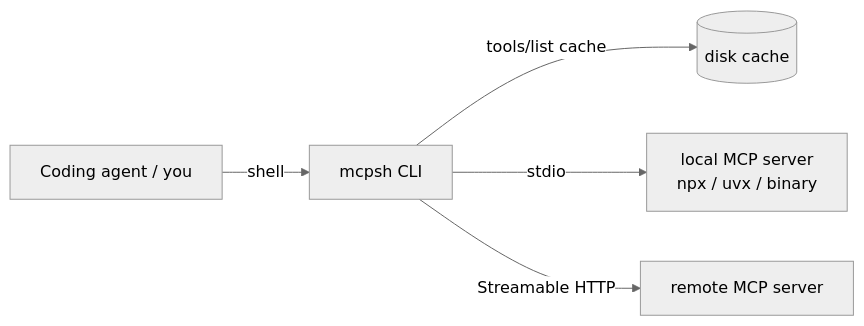
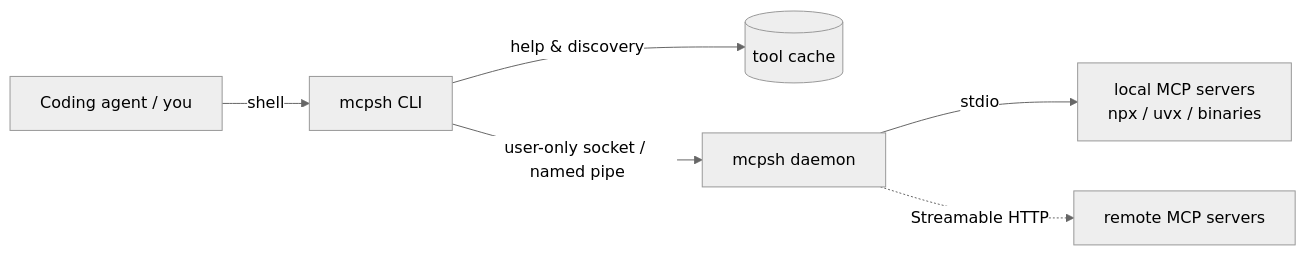
Before and after one commit to davidemaggi/mcpsh: the diagram in README.md, drawn with Mermaid (neutral theme). The commit also changed other lines of this file and 23 other files, not shown here.

First line of the commit message:
Phase 2: per-user daemon with warm sessions

````diff
--- a/README.md
+++ b/README.md
@@ -203,7 +209,8 @@
 ```mermaid
 flowchart LR
     A[Coding agent / you] -- shell --> C[mcpsh CLI]
-    C -- tools/list cache --> K[(disk cache)]
-    C -- stdio --> S1[local MCP server<br/>npx / uvx / binary]
-    C -- Streamable HTTP --> S2[remote MCP server]
+    C -- help & discovery --> K[(tool cache)]
+    C -- user-only socket / named pipe --> D[mcpsh daemon]
+    D -- stdio --> S1[local MCP servers<br/>npx / uvx / binaries]
+    D -. Streamable HTTP .-> S2[remote MCP servers]
 ```
````
